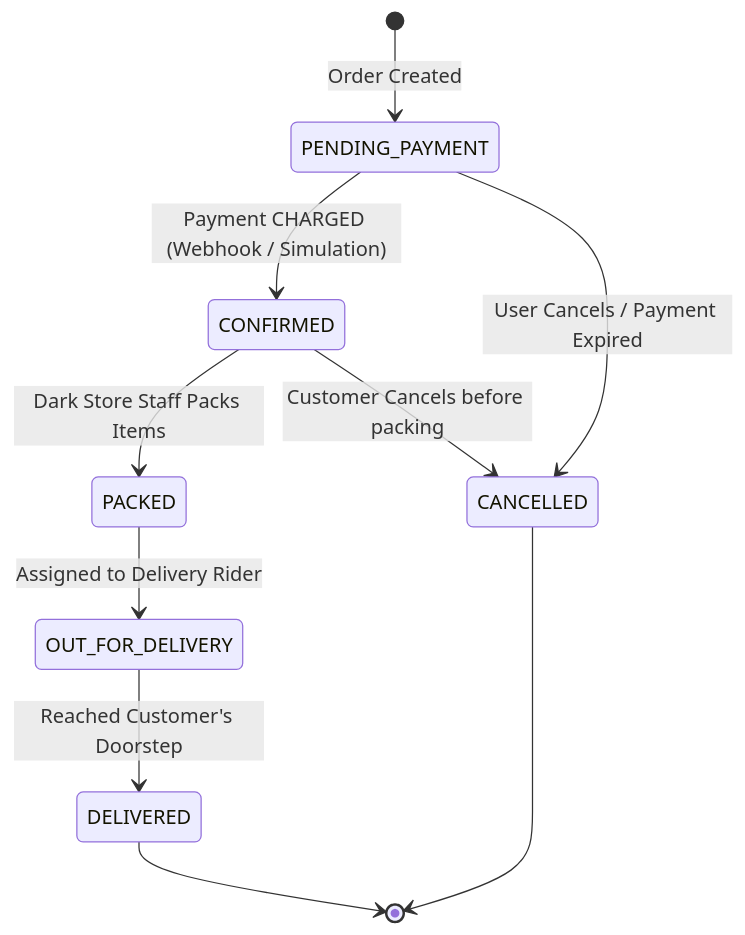
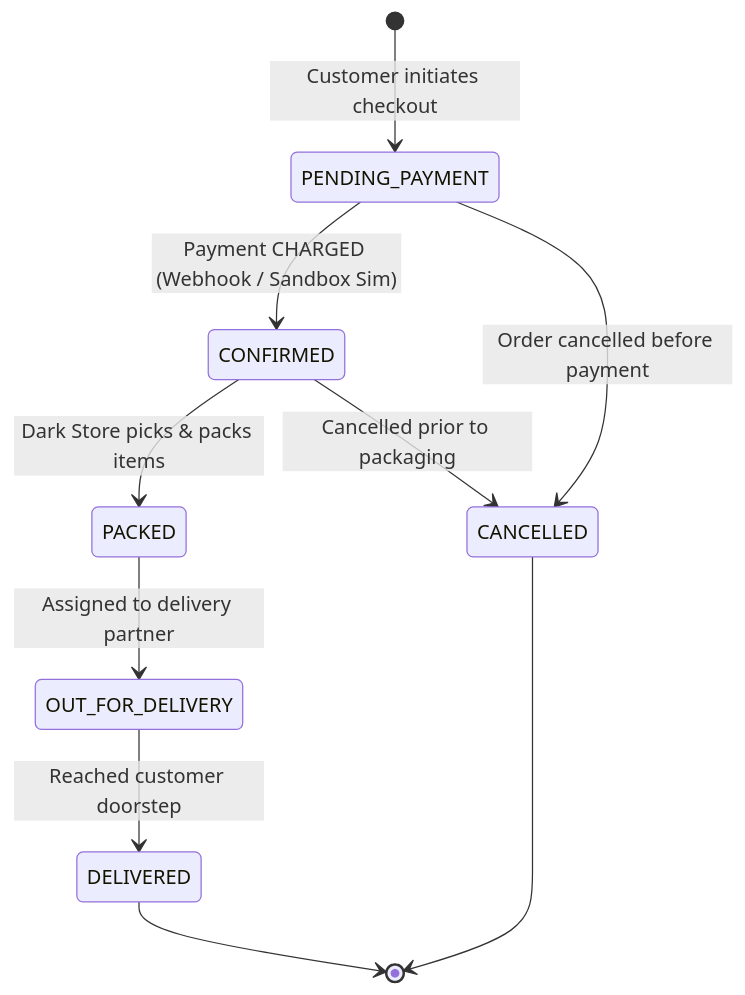
One commit to Rohit-pal01/quickkart changed the second of 2 diagrams in README.md. Above: the diagram before and after it, drawn with Mermaid. The commit also changed other lines of this file, not shown here.

````diff
--- a/README.md
+++ b/README.md
@@ -215,12 +156,12 @@
 ```mermaid
 stateDiagram-v2
-    [*] --> PENDING_PAYMENT: Order Created
-    PENDING_PAYMENT --> CONFIRMED: Payment CHARGED (Webhook / Simulation)
-    PENDING_PAYMENT --> CANCELLED: User Cancels / Payment Expired
-    CONFIRMED --> PACKED: Dark Store Staff Packs Items
-    CONFIRMED --> CANCELLED: Customer Cancels before packing
-    PACKED --> OUT_FOR_DELIVERY: Assigned to Delivery Rider
-    OUT_FOR_DELIVERY --> DELIVERED: Reached Customer's Doorstep
+    [*] --> PENDING_PAYMENT: Customer initiates checkout
+    PENDING_PAYMENT --> CONFIRMED: Payment CHARGED (Webhook / Sandbox Sim)
+    PENDING_PAYMENT --> CANCELLED: Order cancelled before payment
+    CONFIRMED --> PACKED: Dark Store picks & packs items
+    CONFIRMED --> CANCELLED: Cancelled prior to packaging
+    PACKED --> OUT_FOR_DELIVERY: Assigned to delivery partner
+    OUT_FOR_DELIVERY --> DELIVERED: Reached customer doorstep
     DELIVERED --> [*]
     CANCELLED --> [*]
 ```
````
